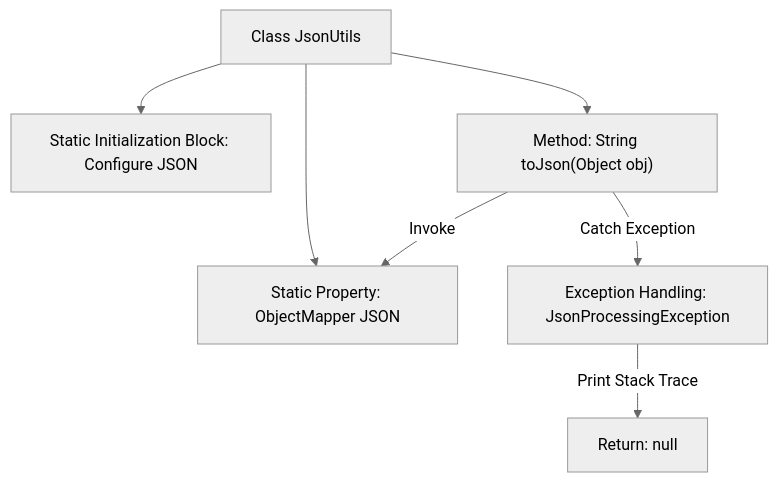
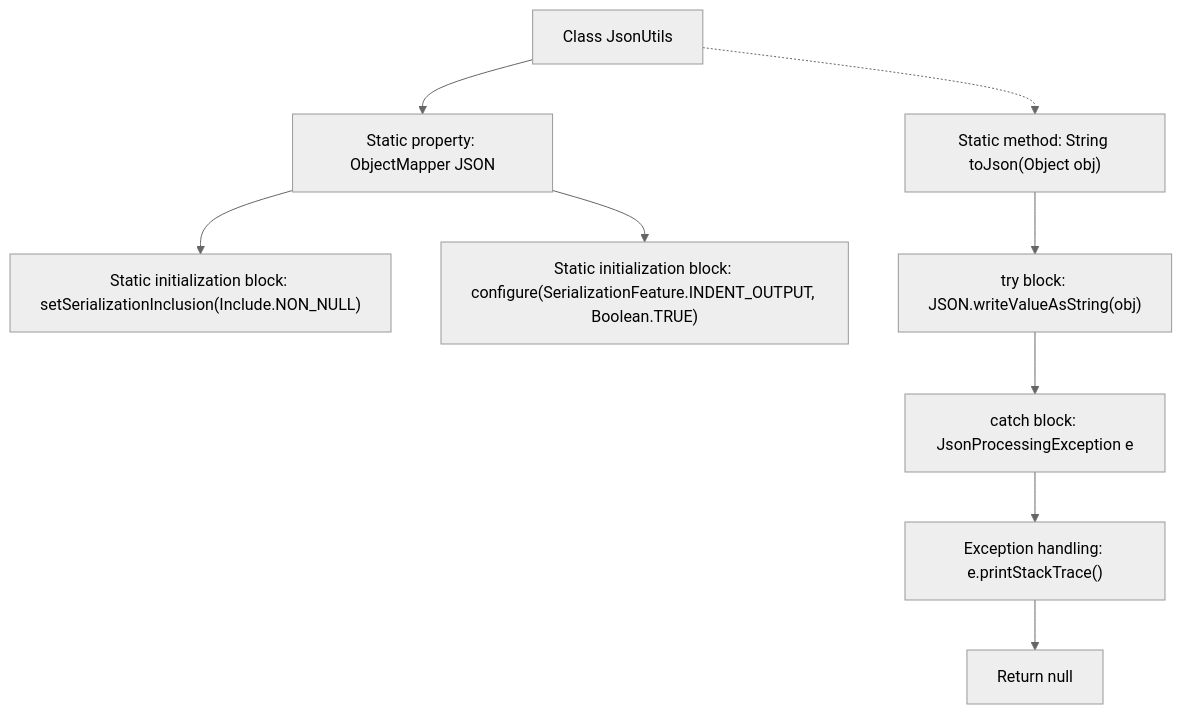
One commit to v-wjrong/imrrong_weixin-java-miniapp-demo changed the second of 2 diagrams in docs/en/docs/src/main/java/com/github/binarywang/demo/wx/miniapp/utils/JsonUtils.md. Above: the diagram before and after it, drawn with Mermaid (neutral theme). The commit also changed other lines of this file and 51 other files, not shown here.

````diff
--- a/docs/en/docs/src/main/java/com/github/binarywang/demo/wx/miniapp/utils/JsonUtils.md
+++ b/docs/en/docs/src/main/java/com/github/binarywang/demo/wx/miniapp/utils/JsonUtils.md
@@ -72,16 +79,21 @@
 ```mermaid
 graph TD
     A["Class JsonUtils"]
-    B["Static Property: ObjectMapper JSON"]
-    C["Static Initialization Block: Configure JSON"]
-    D["Method: String toJson(Object obj)"]
-    E["Exception Handling: JsonProcessingException"]
-    F["Return: null"]
+    B["Static property: ObjectMapper JSON"]
+    C["Static initialization block: setSerializationInclusion(Include.NON_NULL)"]
+    D["Static initialization block: configure(SerializationFeature.INDENT_OUTPUT, Boolean.TRUE)"]
+    E["Static method: String toJson(Object obj)"]
+    F["try block: JSON.writeValueAsString(obj)"]
+    G["catch block: JsonProcessingException e"]
+    H["Exception handling: e.printStackTrace()"]
+    I["Return null"]
 
     A --> B
-    A --> C
-    A --> D
-    D -->|"Invoke"| B
-    D -->|"Catch Exception"| E
-    E -->|"Print Stack Trace"| F
+    B --> C
+    B --> D
+    A -.-> E
+    E --> F
+    F --> G
+    G --> H
+    H --> I
 ```
````
